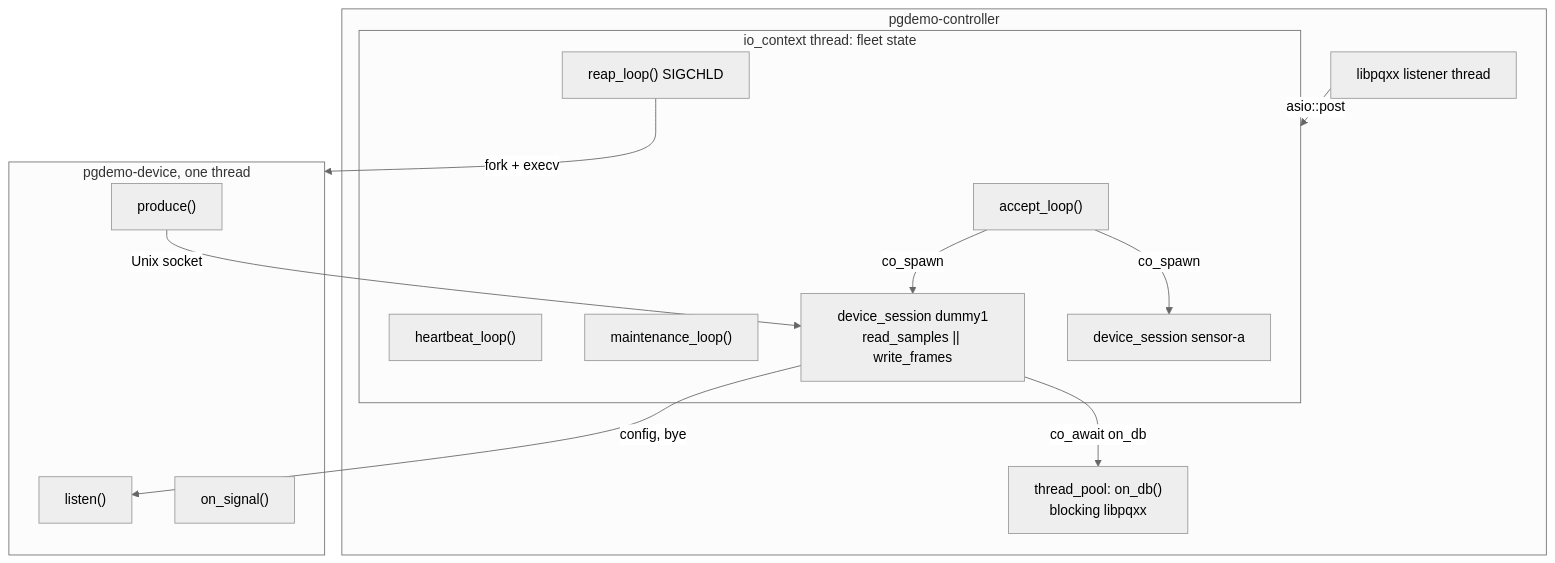
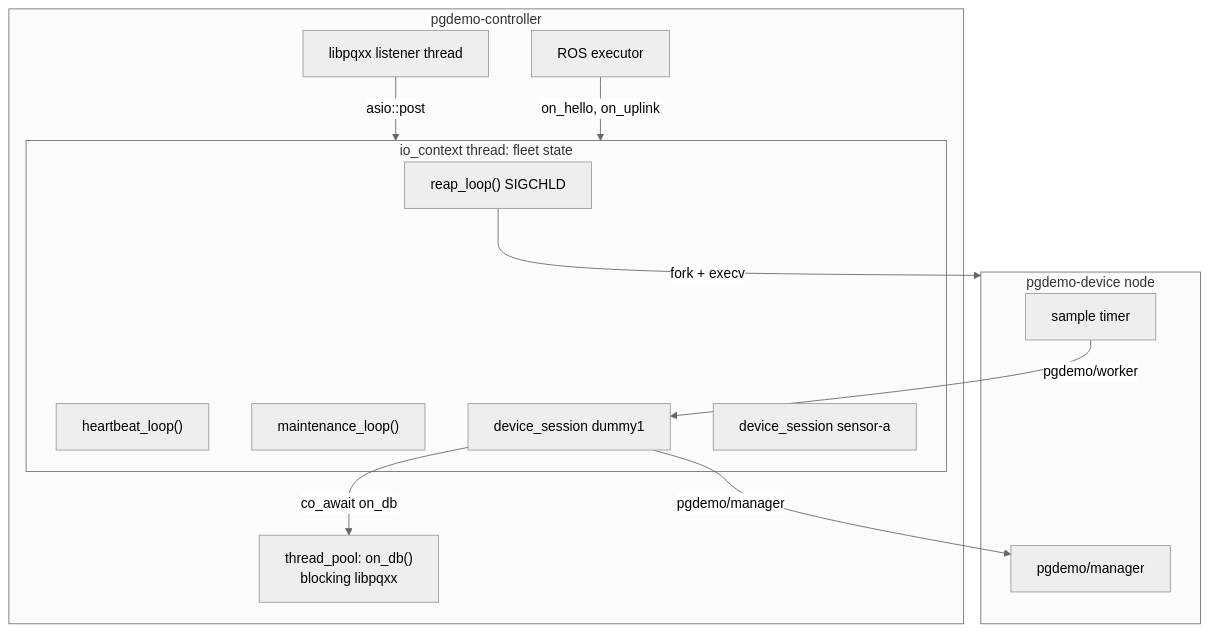
One commit to jgmatu/postgresql changed the fifth of 5 diagrams in docs/DEVICE_PKI.md. Above: the diagram before and after it, drawn with Mermaid (neutral theme). The commit also changed other lines of this file and 44 other files, not shown here.

First line of the commit message:
Replace Unix-socket JSON frames with a ROS 2 contract between the manager and its workers.

````diff
--- a/docs/DEVICE_PKI.md
+++ b/docs/DEVICE_PKI.md
@@ -227,27 +205,25 @@
 ```mermaid
 flowchart TB
     subgraph ctl ["pgdemo-controller"]
         subgraph ioThread ["io_context thread: fleet state"]
-            acceptor["accept_loop()"]
             reaper["reap_loop() SIGCHLD"]
             hb["heartbeat_loop()"]
             maint["maintenance_loop()"]
-            sess1["device_session dummy1<br/>read_samples || write_frames"]
+            sess1["device_session dummy1"]
             sess2["device_session sensor-a"]
         end
         dbPool["thread_pool: on_db()<br/>blocking libpqxx"]
         listener["libpqxx listener thread"]
+        ros["ROS executor"]
     end
-    subgraph devProc ["pgdemo-device, one thread"]
-        produce["produce()"]
-        listen["listen()"]
-        sig["on_signal()"]
+    subgraph devProc ["pgdemo-device node"]
+        produce["sample timer"]
+        listen["pgdemo/manager"]
     end
     listener -->|"asio::post"| ioThread
+    ros -->|"on_hello, on_uplink"| ioThread
     sess1 -->|"co_await on_db"| dbPool
-    acceptor -->|"co_spawn"| sess1
-    acceptor -->|"co_spawn"| sess2
     reaper -->|"fork + execv"| devProc
-    produce -->|"Unix socket"| sess1
-    sess1 -->|"config, bye"| listen
+    produce -->|"pgdemo/worker"| sess1
+    sess1 -->|"pgdemo/manager"| listen
 ```
````
